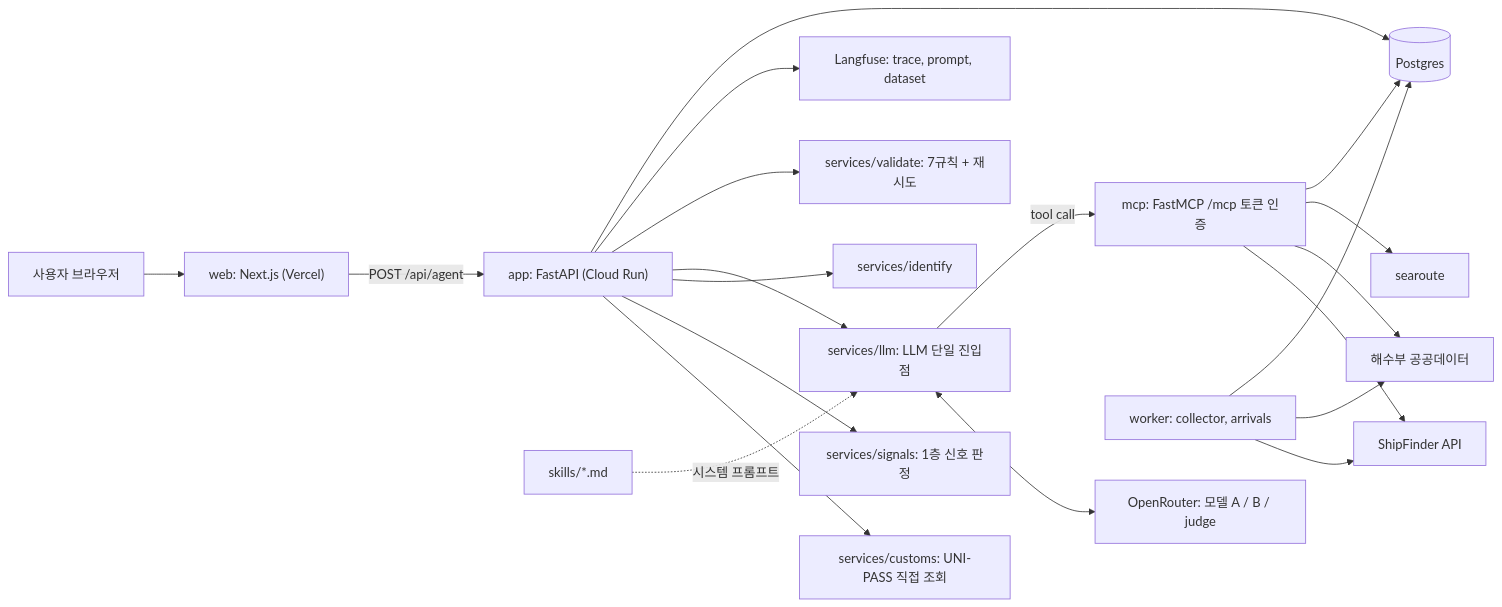
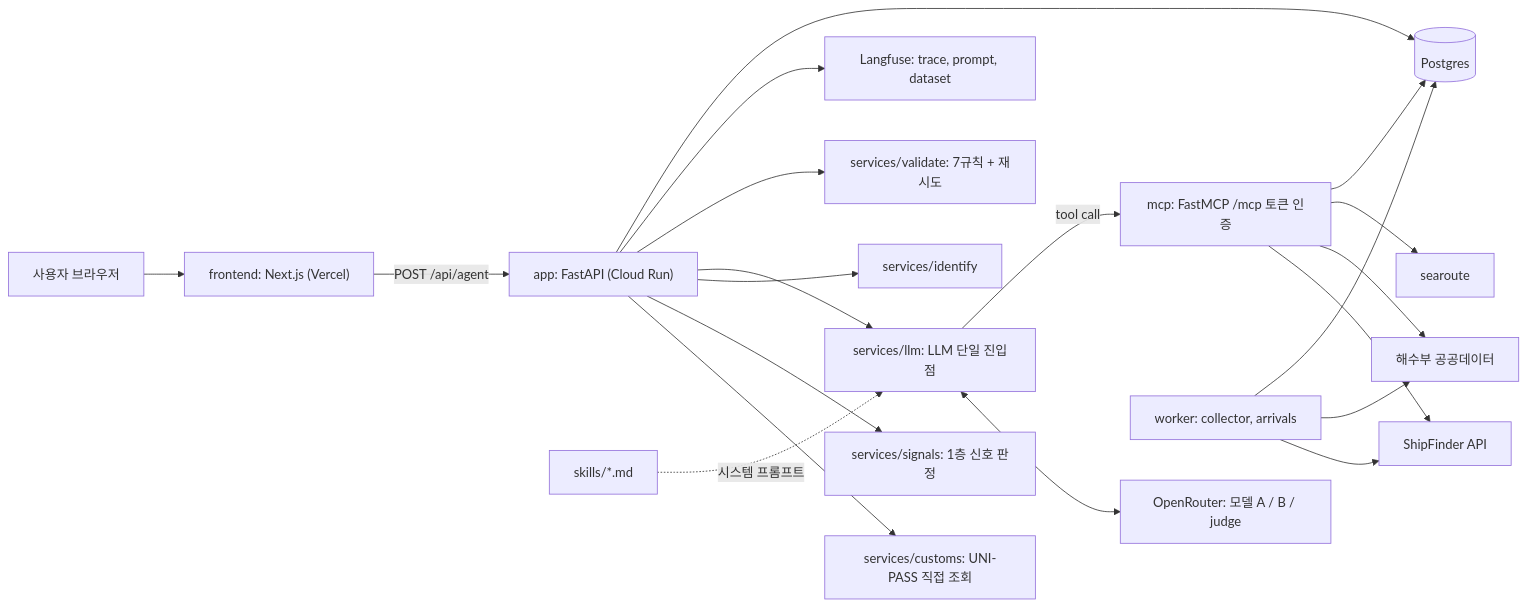
Before and after one commit to HJU5022/Marvia: the first of 3 diagrams in docs/Marvia_SDD.md, drawn with Mermaid. The commit also changed other lines of this file and 4 other files, not shown here.

````diff
--- a/docs/Marvia_SDD.md
+++ b/docs/Marvia_SDD.md
@@ -68,22 +81,22 @@
 ```mermaid
 flowchart LR
-  U["사용자 브라우저"] --> W["web: Next.js (Vercel)"]
+  U["사용자 브라우저"] --> W["frontend: Next.js (Vercel)"]
   W -->|"POST /api/agent"| A["app: FastAPI (Cloud Run)"]
   A --> CU["services/customs: UNI-PASS 직접 조회"]
   A --> SG["services/signals: 1층 신호 판정"]
   A --> ID["services/identify"]
   A --> L["services/llm: LLM 단일 진입점"]
   SK["skills/*.md"] -.->|"시스템 프롬프트"| L
   L <--> OR["OpenRouter: 모델 A / B / judge"]
   L -->|"tool call"| M["mcp: FastMCP /mcp 토큰 인증"]
   M --> SF["ShipFinder API"]
   M --> MOF["해수부 공공데이터"]
   M --> SR["searoute"]
   A --> V["services/validate: 7규칙 + 재시도"]
   A --> LF["Langfuse: trace, prompt, dataset"]
   WK["worker: collector, arrivals"] --> SF
   WK --> MOF
   WK --> DB[("Postgres")]
   A --> DB
   M --> DB
 ```
````
